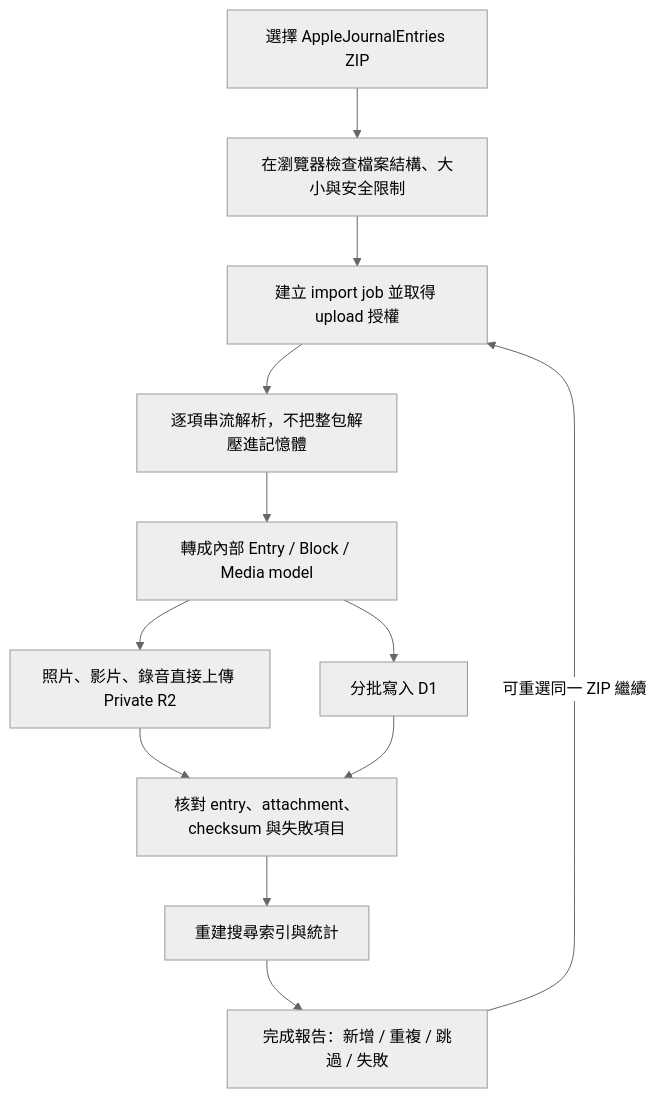
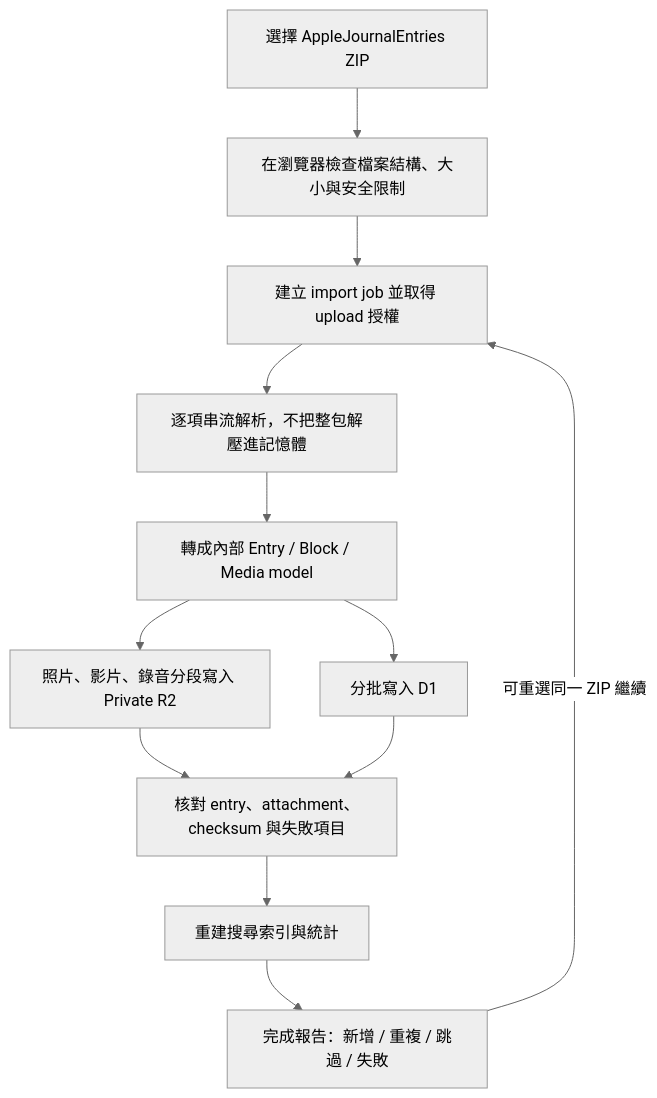
The second of 2 diagrams in README.md (PGpenguin72/diary.pg72.tw), drawn with Mermaid (neutral theme) before and after one commit. The commit also changed other lines of this file and 17 other files, not shown here.

````diff
--- a/README.md
+++ b/README.md
@@ -184,20 +184,20 @@
 ```mermaid
 flowchart TD
     PICK[選擇 AppleJournalEntries ZIP]
     CHECK[在瀏覽器檢查檔案結構、大小與安全限制]
     JOB[建立 import job 並取得 upload 授權]
     PARSE[逐項串流解析，不把整包解壓進記憶體]
     NORMALIZE[轉成內部 Entry / Block / Media model]
-    MEDIA[照片、影片、錄音直接上傳 Private R2]
+    MEDIA[照片、影片、錄音分段寫入 Private R2]
     ENTRY[分批寫入 D1]
     VERIFY[核對 entry、attachment、checksum 與失敗項目]
     STATS[重建搜尋索引與統計]
     REPORT[完成報告：新增 / 重複 / 跳過 / 失敗]
 
     PICK --> CHECK --> JOB --> PARSE --> NORMALIZE
     NORMALIZE --> MEDIA
     NORMALIZE --> ENTRY
     MEDIA --> VERIFY
     ENTRY --> VERIFY --> STATS --> REPORT
     REPORT -->|可重選同一 ZIP 繼續| JOB
 ```
````
